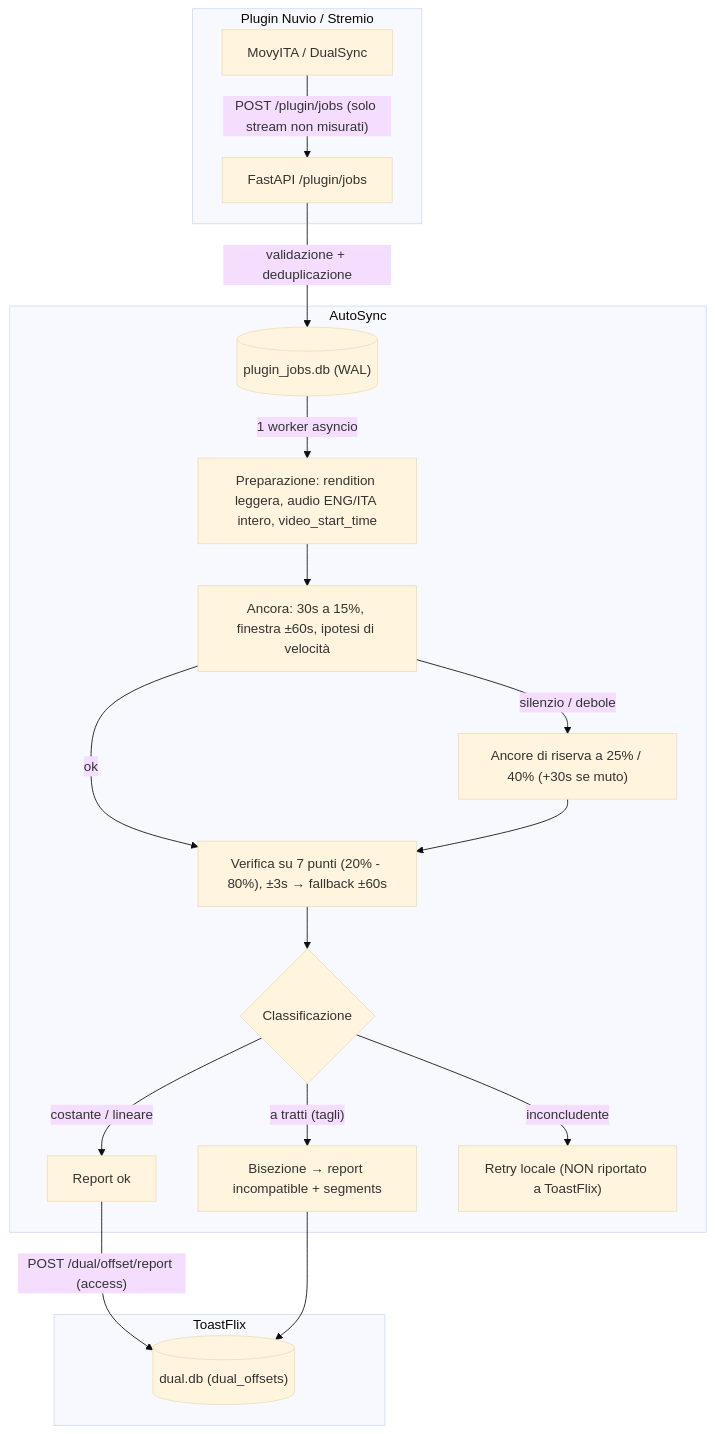
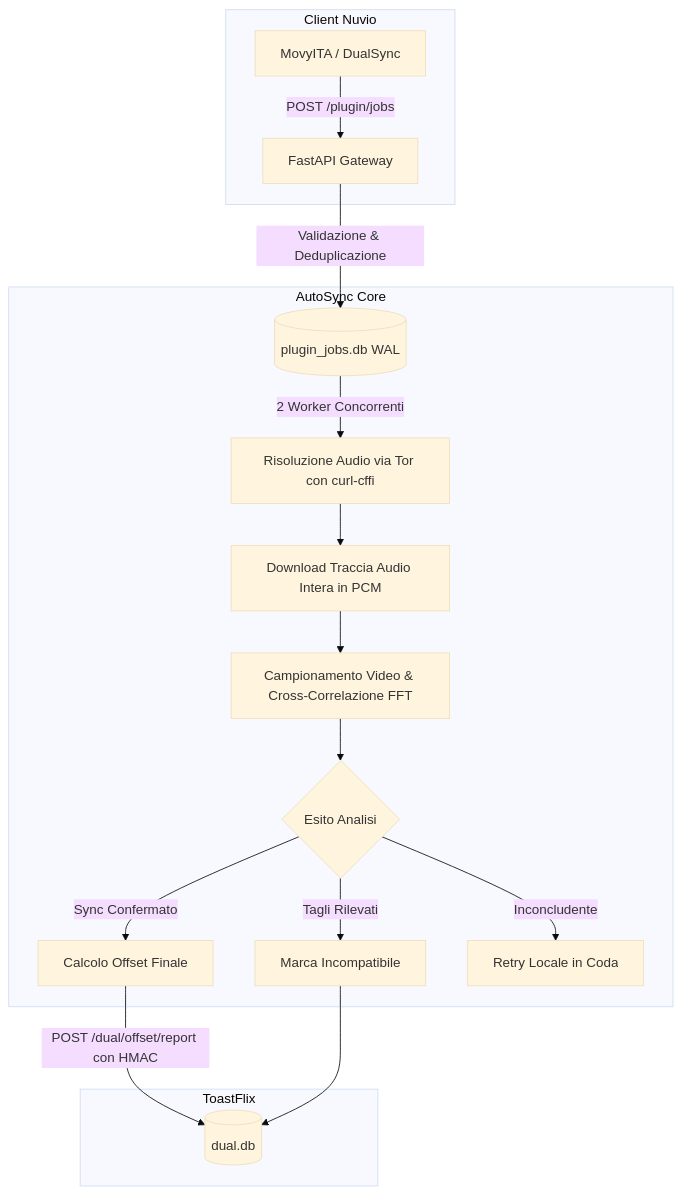
Before and after one commit to qwertyuiop8899/AutoSync: the diagram in README.md, drawn with Mermaid (base theme). The commit also changed other lines of this file, not shown here.

Commit message:
docs: update README with multi-worker, Tor VX extraction, HMAC reporting, and clean mermaid syntax

````diff
--- a/README.md
+++ b/README.md
@@ -11,24 +11,22 @@
 ```mermaid
 flowchart TD
-    subgraph Plugin Nuvio / Stremio
-        A["MovyITA / DualSync"] -->|"POST /plugin/jobs (solo stream non misurati)"| B["FastAPI /plugin/jobs"]
+    subgraph Client Nuvio
+        A["MovyITA / DualSync"] -->|"POST /plugin/jobs"| B["FastAPI Gateway"]
     end
 
-    subgraph AutoSync
-        B -->|"validazione + deduplicazione"| C[("plugin_jobs.db (WAL)")]
-        C -->|"1 worker asyncio"| D["Preparazione: rendition leggera, audio ENG/ITA intero, video_start_time"]
-        D --> E["Ancora: 30s a 15%, finestra ±60s, ipotesi di velocità"]
-        E -->|"ok"| F["Verifica su 7 punti (20% - 80%), ±3s → fallback ±60s"]
-        E -->|"silenzio / debole"| E2["Ancore di riserva a 25% / 40% (+30s se muto)"]
-        E2 --> F
-        F --> G{"Classificazione"}
-        G -->|"costante / lineare"| H["Report ok"]
-        G -->|"a tratti (tagli)"| I["Bisezione → report incompatible + segments"]
-        G -->|"inconcludente"| J["Retry locale (NON riportato a ToastFlix)"]
+    subgraph AutoSync Core
+        B -->|"Validazione & Deduplicazione"| C[("plugin_jobs.db WAL")]
+        C -->|"2 Worker Concorrenti"| D["Risoluzione Audio via Tor con curl-cffi"]
+        D --> E["Download Traccia Audio Intera in PCM"]
+        E --> F["Campionamento Video & Cross-Correlazione FFT"]
+        F --> G{"Esito Analisi"}
+        G -->|"Sync Confermato"| H["Calcolo Offset Finale"]
+        G -->|"Tagli Rilevati"| I["Marca Incompatibile"]
+        G -->|"Inconcludente"| J["Retry Locale in Coda"]
     end
 
     subgraph ToastFlix
-        H -->|"POST /dual/offset/report (access)"| L[("dual.db (dual_offsets)")]
+        H -->|"POST /dual/offset/report con HMAC"| L[("dual.db")]
         I --> L
     end
 ```
````
